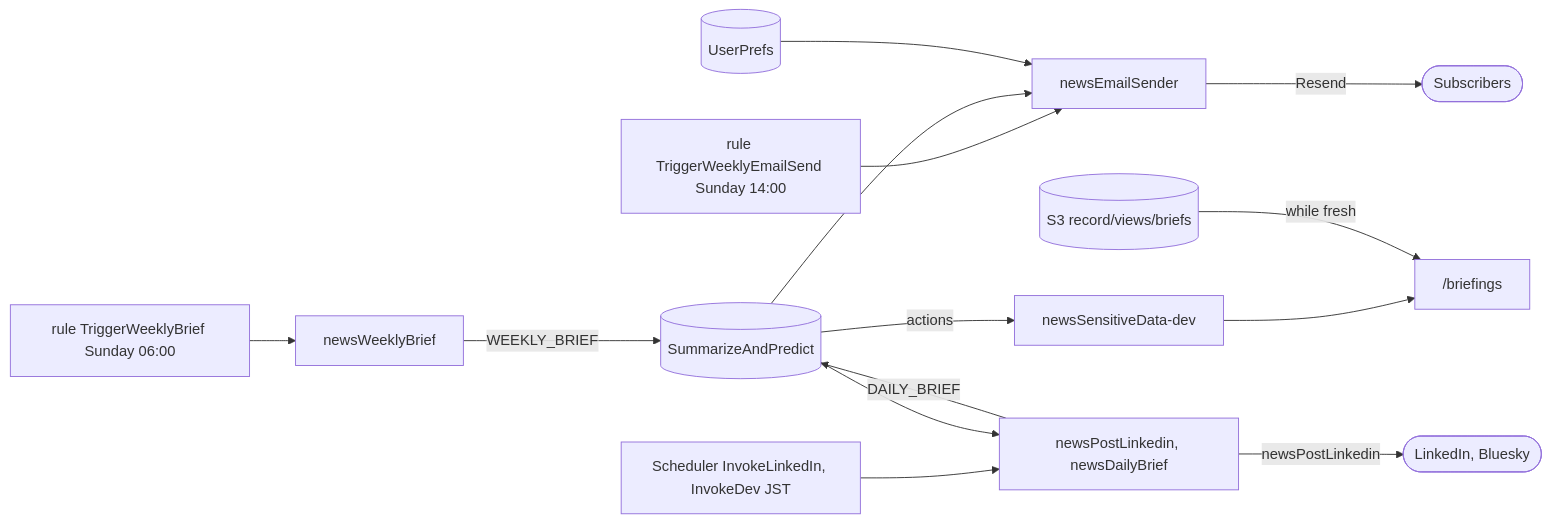
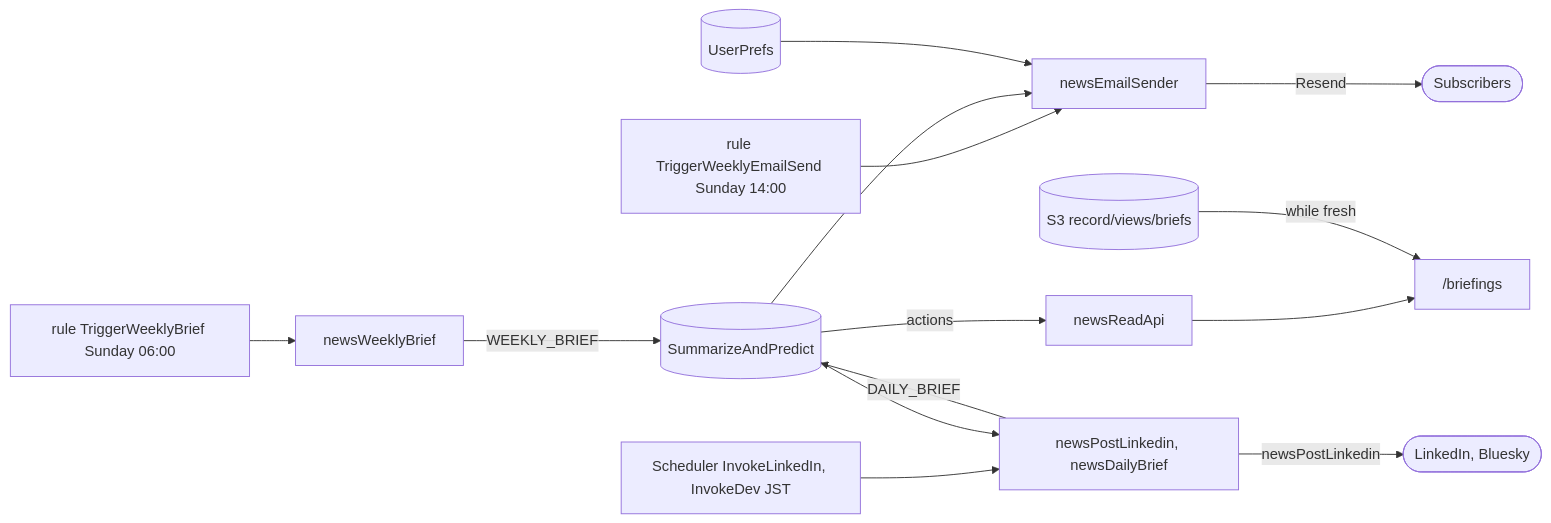
Before and after one commit to BenBen05059997/globalPerspective-v1: the seventh of 7 diagrams in project-docs/architecture/ARCHITECTURE.md, drawn with Mermaid. The commit also changed other lines of this file and 4 other files, not shown here.

First line of the commit message:
Rename deployed read API Lambda to newsReadApi (API Gateway /proxy repointed 2026-11-04; env cut to the 8 keys the code reads; old newsSensitiveData-dev kept for rollback)

````diff
--- a/project-docs/architecture/ARCHITECTURE.md
+++ b/project-docs/architecture/ARCHITECTURE.md
@@ -238,16 +238,16 @@
 ```mermaid
 flowchart LR
   w[rule TriggerWeeklyBrief Sunday 06:00] --> wb[newsWeeklyBrief]
   wb -->|WEEKLY_BRIEF| d[(SummarizeAndPredict)]
   e[rule TriggerWeeklyEmailSend Sunday 14:00] --> es[newsEmailSender]
   d --> es
   u[(UserPrefs)] --> es
   es -->|Resend| sub([Subscribers])
   l[Scheduler InvokeLinkedIn, InvokeDev JST] --> po[newsPostLinkedin, newsDailyBrief]
   d --> po
   po -->|newsPostLinkedin| soc([LinkedIn, Bluesky])
   po -->|DAILY_BRIEF| d
-  d -->|actions| px[newsSensitiveData-dev]
+  d -->|actions| px[newsReadApi]
   px --> bp["/briefings"]
   rv[(S3 record/views/briefs)] -->|while fresh| bp
 ```
````
